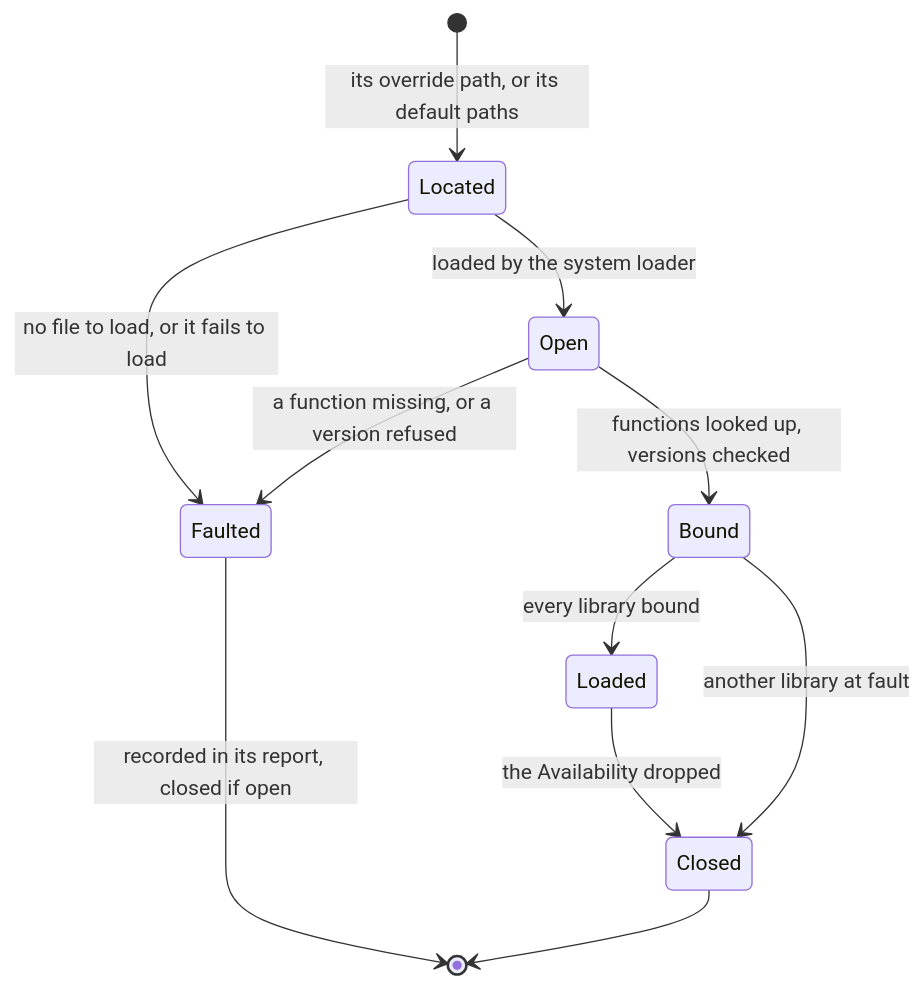
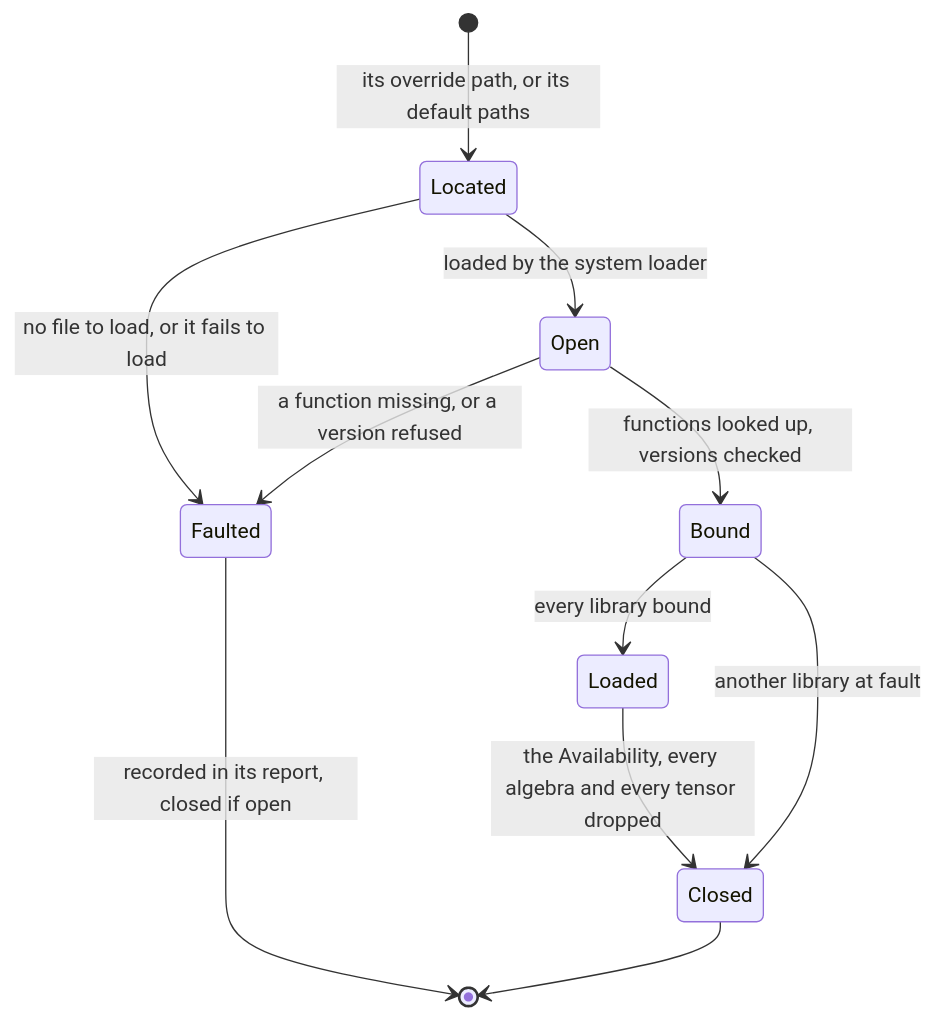
One commit to microsoft/qdk changed the second of 3 diagrams in source/cutensornet/docs/loading.md. Above: the diagram before and after it, drawn with Mermaid. The commit also changed other lines of this file and 51 other files, not shown here.

First line of the commit message:
qdk_cutensornet: the MPS engine on cuTensorNet, canonical_mps's engine on a CUDA algebra

````diff
--- a/source/cutensornet/docs/loading.md
+++ b/source/cutensornet/docs/loading.md
@@ -46,14 +45,14 @@
 ```mermaid
 stateDiagram-v2
   direction TB
   [*] --> Located: its override path, or its default paths
   Located --> Open: loaded by the system loader
   Open --> Bound: functions looked up, versions checked
   Bound --> Loaded: every library bound
-  Loaded --> Closed: the Availability dropped
+  Loaded --> Closed: the Availability, every algebra and every tensor dropped
   Located --> Faulted: no file to load, or it fails to load
   Open --> Faulted: a function missing, or a version refused
   Bound --> Closed: another library at fault
   Faulted --> [*]: recorded in its report, closed if open
   Closed --> [*]
 ```
````
